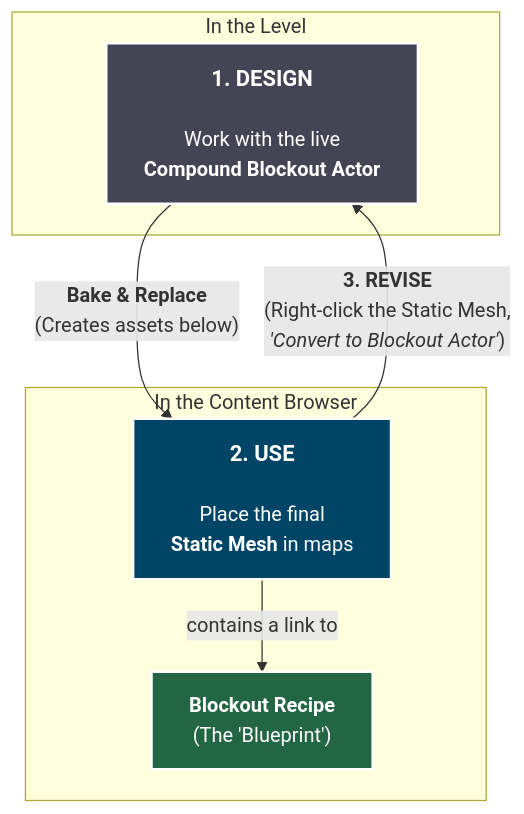
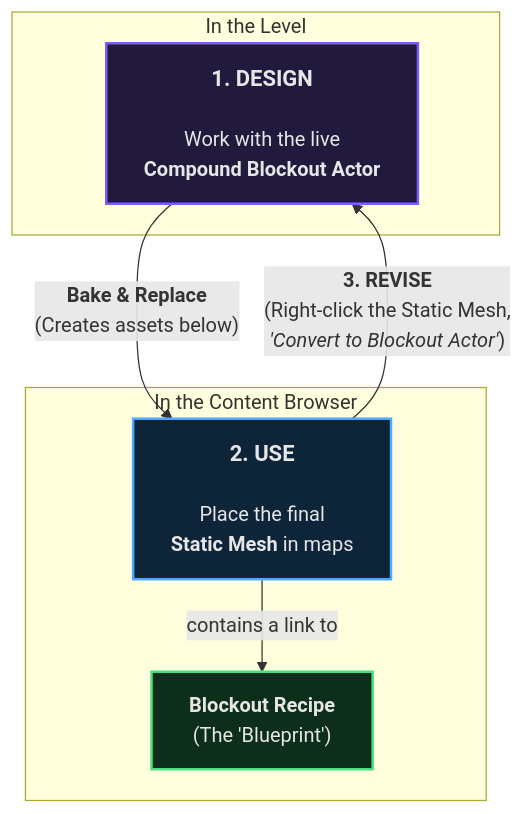
The diagram in outliyr-framework/docs/core-modules/gameplay-maps/compound-blockout-system/compound-blockout-actor.md (outliyr/outliyr-docs), drawn with Mermaid before and after one commit. The commit also changed 11 other files, not shown here.

````diff
--- a/outliyr-framework/docs/core-modules/gameplay-maps/compound-blockout-system/compound-blockout-actor.md
+++ b/outliyr-framework/docs/core-modules/gameplay-maps/compound-blockout-system/compound-blockout-actor.md
@@ -30,19 +30,19 @@
 ```mermaid
 graph TD
     subgraph "In the Level"
         A["<div style='font-weight:bold; font-size:1.1em'>1. DESIGN</div><br>Work with the live<br><b>Compound Blockout Actor</b>"]
     end
 
     subgraph "In the Content Browser"
         C["<div style='font-weight:bold; font-size:1.1em'>2. USE</div><br>Place the final<br><b>Static Mesh</b> in maps"]
         B["<b>Blockout Recipe</b><br>(The 'Blueprint')"]
     end
 
     A -- "<b>Bake & Replace</b><br>(Creates assets below)" --> C;
     C -- "contains a link to" --> B;
     C -- "<b>3. REVISE</b><br>(Right-click the Static Mesh,<br><i>'Convert to Blockout Actor'</i>)" --> A;
 
-    style A fill:#445,stroke:#fff,stroke-width:2px,color:#fff
-    style B fill:#264,stroke:#fff,stroke-width:2px,color:#fff
-    style C fill:#046,stroke:#fff,stroke-width:2px,color:#fff
+    style A fill:#221a3d,stroke:#7c5cff,stroke-width:2px,color:#e6e6e6
+    style B fill:#0e2e1c,stroke:#4ade80,stroke-width:2px,color:#e6e6e6
+    style C fill:#0e2439,stroke:#4ea8ff,stroke-width:2px,color:#e6e6e6
 ```
````
